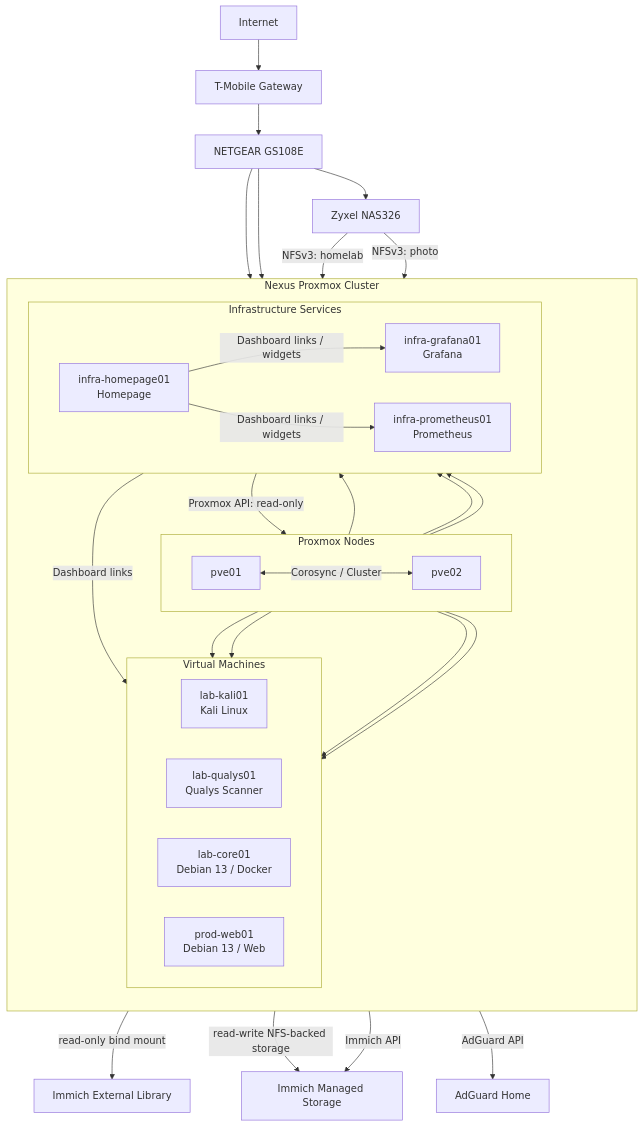
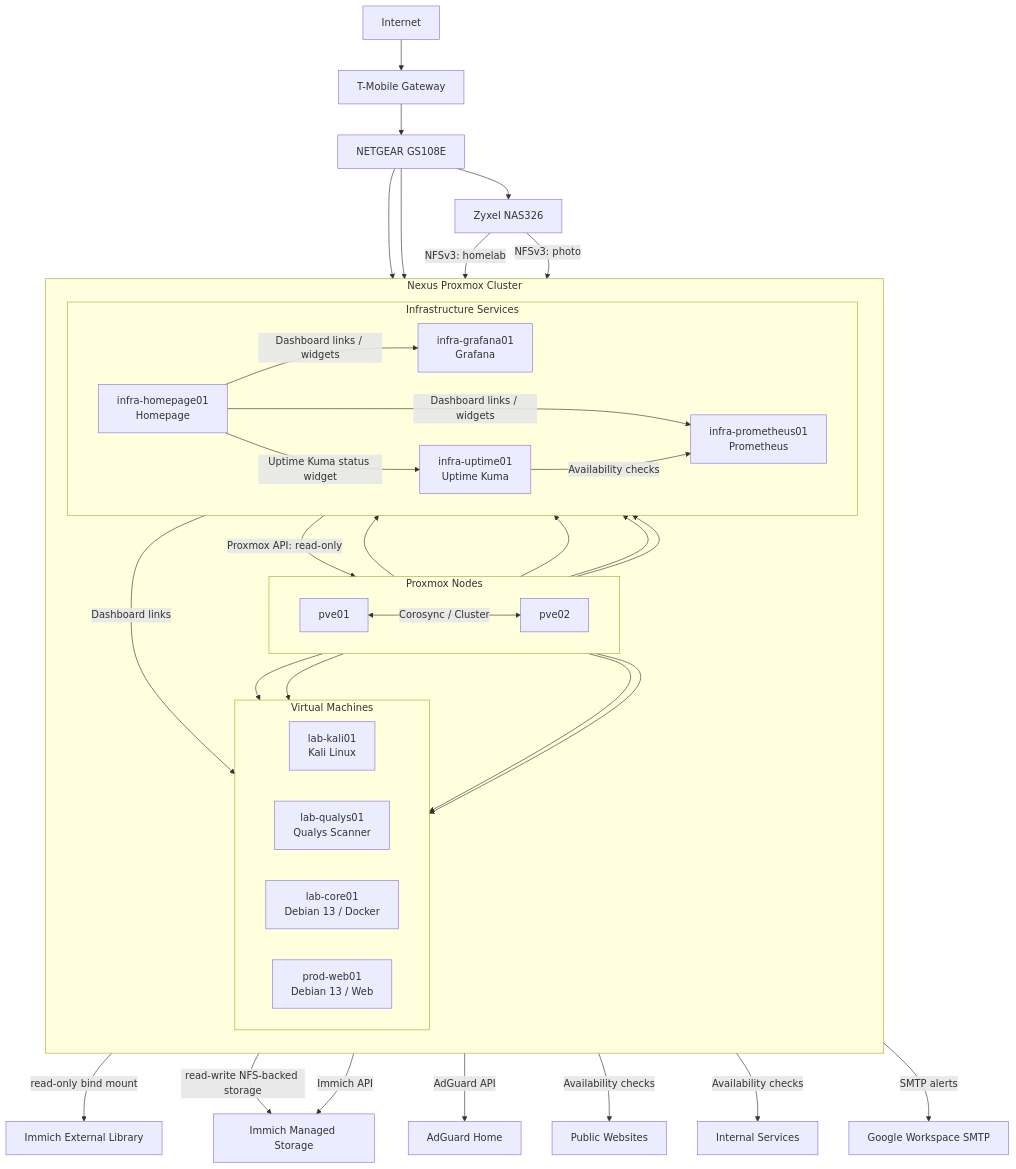
One commit to Tearstone/tearstone-homelab changed the first of 3 diagrams in docs/architecture.md. Above: the diagram before and after it, drawn with Mermaid. The commit also changed other lines of this file, not shown here.

Commit message:
Update architecture for Uptime Kuma

````diff
--- a/docs/architecture.md
+++ b/docs/architecture.md
@@ -5,53 +5,61 @@
 ```mermaid
 graph TD
     Internet --> Router["T-Mobile Gateway"]
     Router --> Switch["NETGEAR GS108E"]
     Switch --> NAS["Zyxel NAS326"]
 
     subgraph Cluster["Nexus Proxmox Cluster"]
         direction TB
 
         subgraph Nodes["Proxmox Nodes"]
             direction LR
             PVE["pve01"] <-->|"Corosync / Cluster"| PVE02["pve02"]
         end
 
         subgraph Workloads["Virtual Machines"]
             direction LR
             Kali["lab-kali01\nKali Linux"]
             Qualys["lab-qualys01\nQualys Scanner"]
             Core["lab-core01\nDebian 13 / Docker"]
             Web["prod-web01\nDebian 13 / Web"]
         end
 
         subgraph Services["Infrastructure Services"]
             direction LR
             Grafana["infra-grafana01\nGrafana"]
             Prometheus["infra-prometheus01\nPrometheus"]
             Homepage["infra-homepage01\nHomepage"]
+            Uptime["infra-uptime01\nUptime Kuma"]
         end
 
         PVE --> Kali
         PVE --> Qualys
         PVE --> Grafana
         PVE --> Prometheus
+        PVE --> Homepage
+        PVE --> Uptime
         PVE02 --> Core
         PVE02 --> Web
-        PVE --> Homepage
     end
 
     Switch --> PVE
     Switch --> PVE02
 
     NAS -->|"NFSv3: homelab"| Core
     NAS -->|"NFSv3: photo"| Core
     Core -->|"read-only bind mount"| External["Immich External Library"]
     Core -->|"read-write NFS-backed storage"| Immich["Immich Managed Storage"]
 
     Homepage -->|"Proxmox API: read-only"| PVE
     Homepage -->|"AdGuard API"| AdGuard["AdGuard Home"]
     Homepage -->|"Immich API"| Immich
     Homepage -->|"Dashboard links / widgets"| Grafana
     Homepage -->|"Dashboard links / widgets"| Prometheus
+    Homepage -->|"Uptime Kuma status widget"| Uptime
     Homepage -->|"Dashboard links"| Core
+
+    Uptime -->|"Availability checks"| Prometheus
+    Uptime -->|"Availability checks"| Public["Public Websites"]
+    Uptime -->|"Availability checks"| Internal["Internal Services"]
+    Uptime -->|"SMTP alerts"| SMTP["Google Workspace SMTP"]
 ```
````
